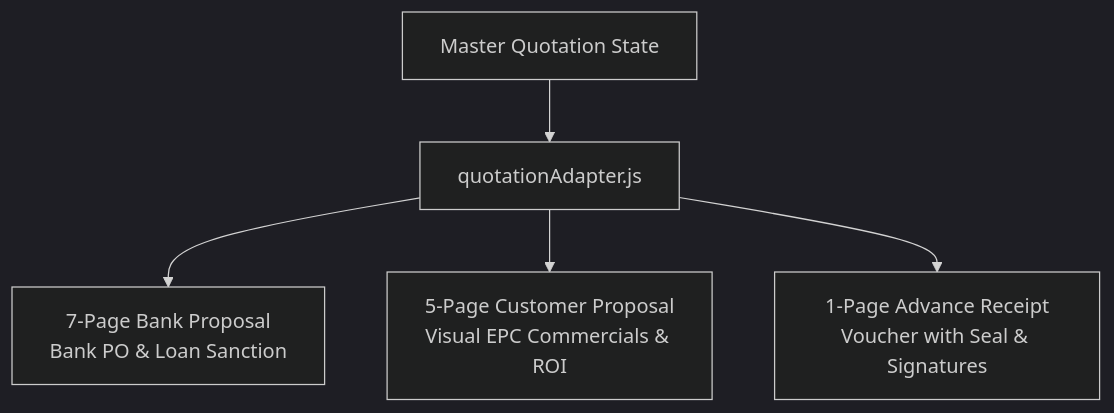
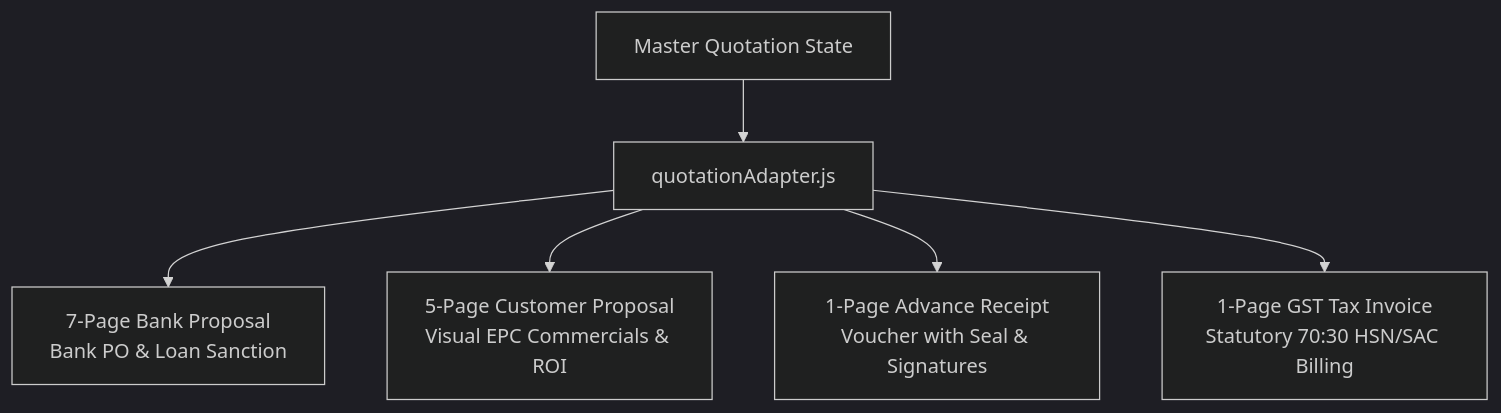
The first of 2 diagrams in README.md (raambow-co/ssquotabankgen), drawn with Mermaid (dark theme) before and after one commit. The commit also changed other lines of this file and 6 other files, not shown here.

Commit message:
feat(invoice): add official 1-page GST tax invoice with statutory 70:30 HSN 8504 & SAC 9954 breakdown, print styles and interactive inline editing

````diff
--- a/README.md
+++ b/README.md
@@ -49,7 +50,8 @@
 ```mermaid
 flowchart TD
     State[Master Quotation State] --> Engine[quotationAdapter.js]
     Engine --> Doc1[7-Page Bank Proposal<br/>Bank PO & Loan Sanction]
     Engine --> Doc2[5-Page Customer Proposal<br/>Visual EPC Commercials & ROI]
     Engine --> Doc3[1-Page Advance Receipt<br/>Voucher with Seal & Signatures]
+    Engine --> Doc4[1-Page GST Tax Invoice<br/>Statutory 70:30 HSN/SAC Billing]
 ```
````
